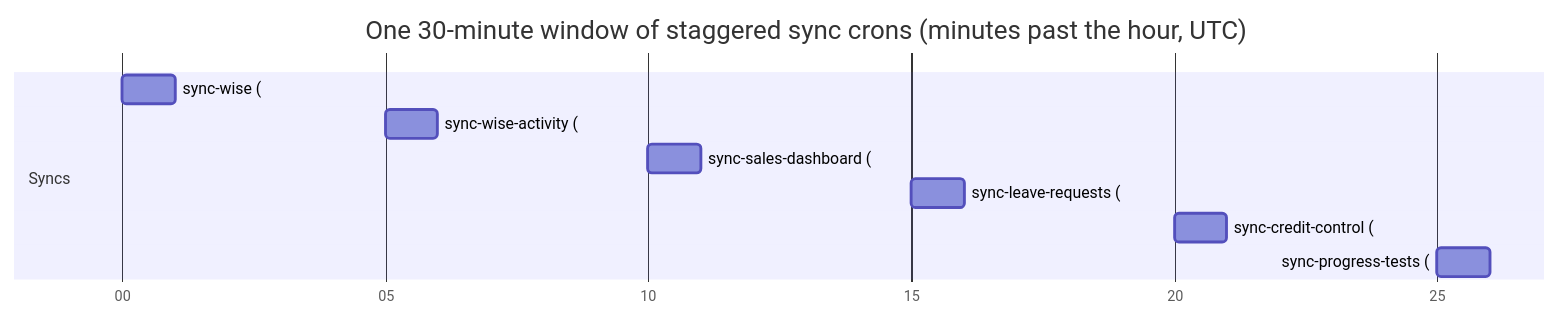
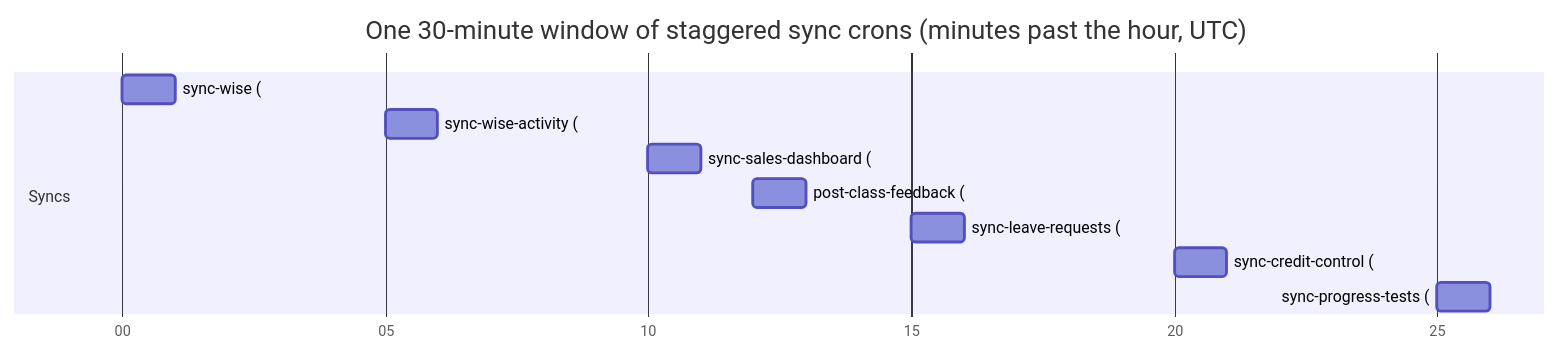
One commit to kasheesh711/bgscheduler changed the diagram in docs/reference/crons.md. Above: the diagram before and after it, drawn with Mermaid. The commit also changed other lines of this file and 162 other files, not shown here.

````diff
--- a/docs/reference/crons.md
+++ b/docs/reference/crons.md
@@ -32,13 +33,14 @@
 ```mermaid
 gantt
     title One 30-minute window of staggered sync crons (minutes past the hour, UTC)
     dateFormat m
     axisFormat %M
     section Syncs
     sync-wise (:00)            :a1, 0, 1m
     sync-wise-activity (:05)   :a2, 5, 1m
     sync-sales-dashboard (:10) :a3, 10, 1m
-    sync-leave-requests (:15)  :a4, 15, 1m
-    sync-credit-control (:20)  :a5, 20, 1m
-    sync-progress-tests (:25)  :a6, 25, 1m
+    post-class-feedback (:12)  :a4, 12, 1m
+    sync-leave-requests (:15)  :a5, 15, 1m
+    sync-credit-control (:20)  :a6, 20, 1m
+    sync-progress-tests (:25)  :a7, 25, 1m
 ```
````
